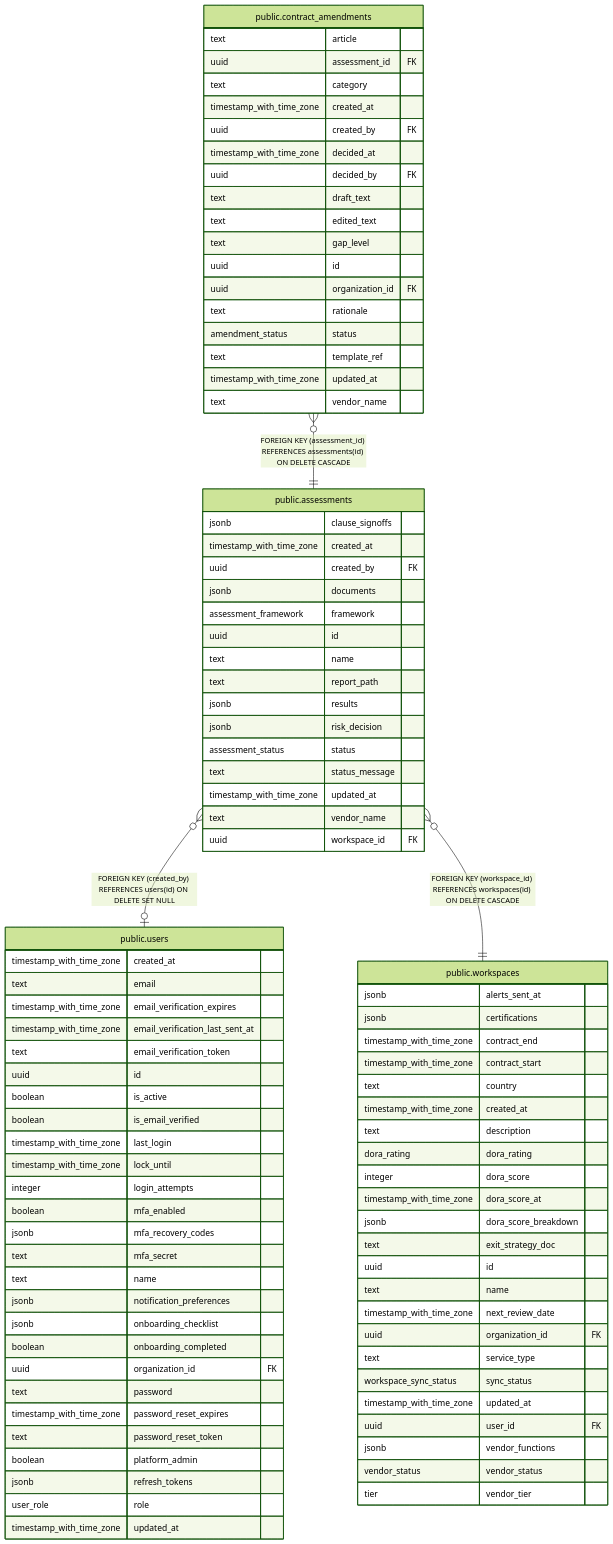
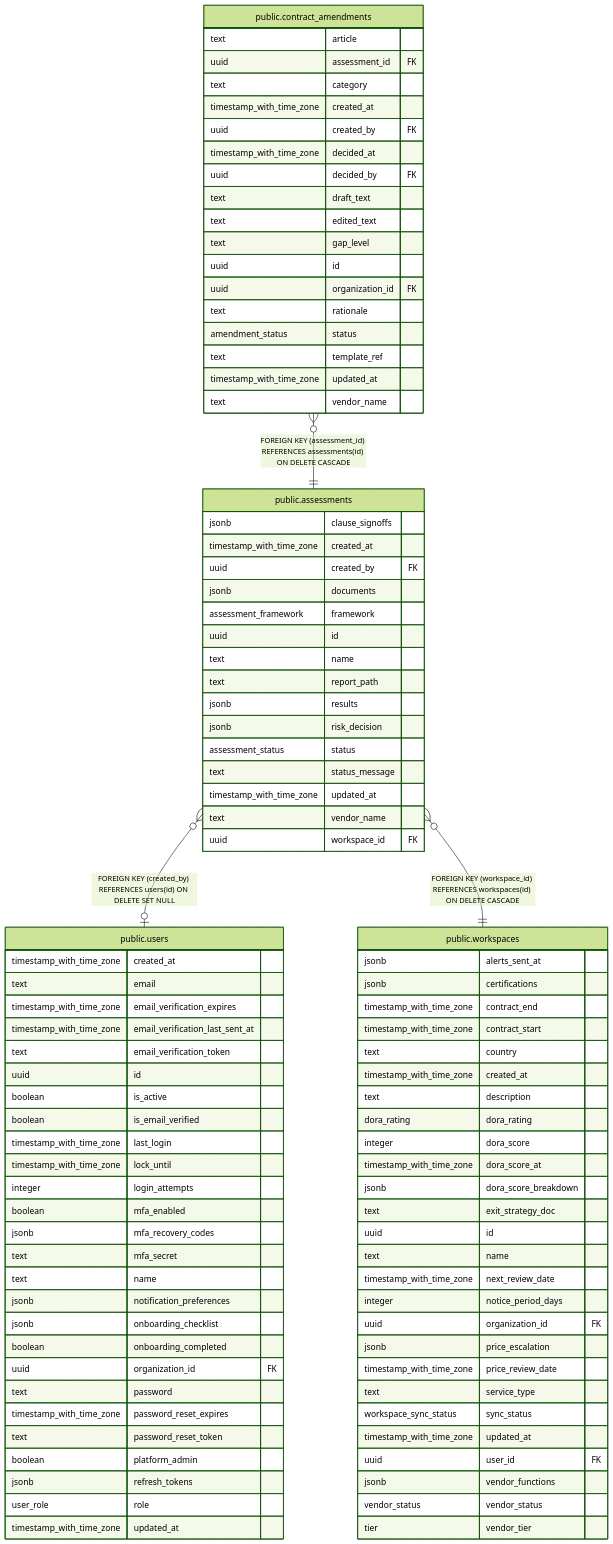
The diagram in docs/data-model/public.assessments.md (andrelair-platform/retrieva-backend), drawn with Mermaid (forest theme) before and after one commit. The commit also changed 21 other files, not shown here.

First line of the commit message:
feat(lifecycle): notice-period-aware renewal + price-escalation alerts (claim 3)

```diff
--- a/docs/data-model/public.assessments.md
+++ b/docs/data-model/public.assessments.md
@@ -125,7 +125,10 @@
   uuid id
   text name
   timestamp_with_time_zone next_review_date
+  integer notice_period_days
   uuid organization_id FK
+  jsonb price_escalation
+  timestamp_with_time_zone price_review_date
   text service_type
   workspace_sync_status sync_status
   timestamp_with_time_zone updated_at
```
